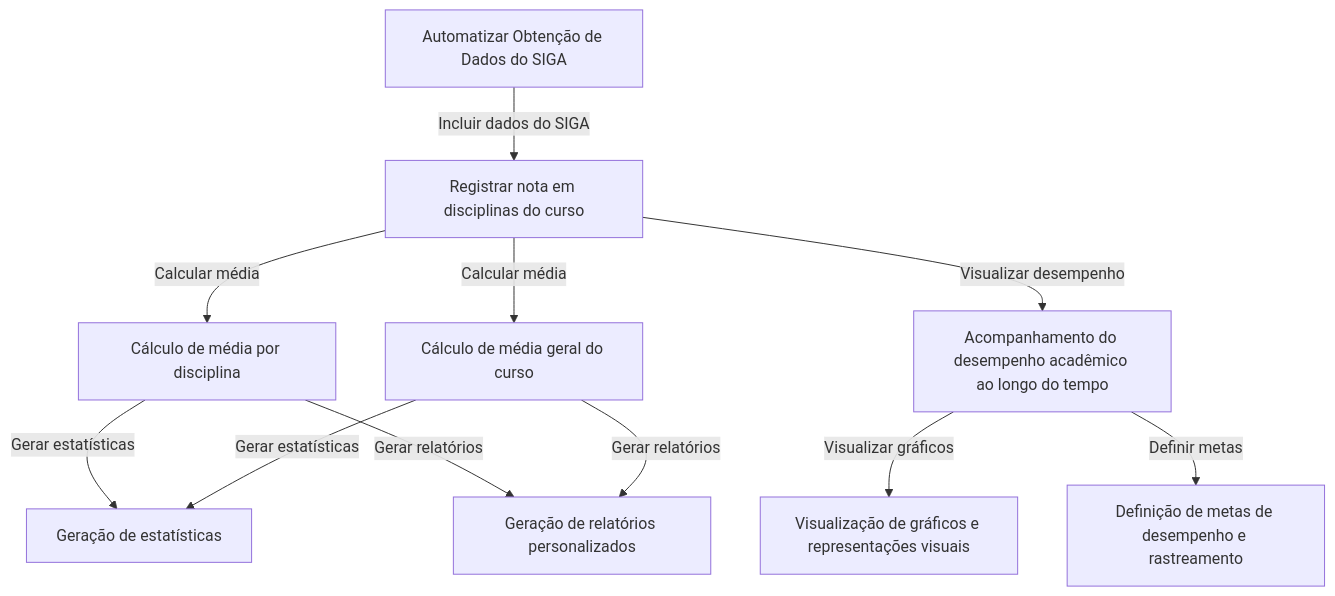
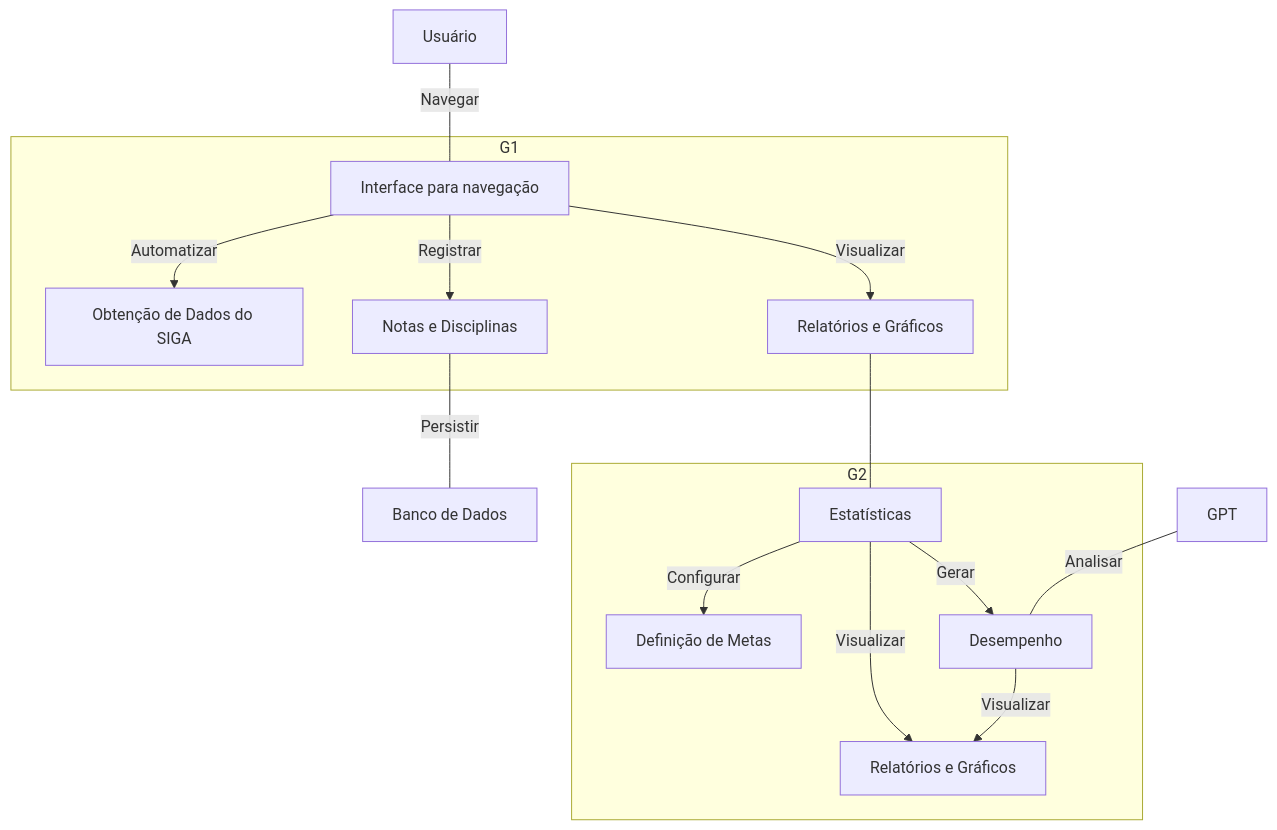
One commit to h4mn/fatec-monitor changed the first of 4 diagrams in doc/diagrams.md. Above: the diagram before and after it, drawn with Mermaid. The commit also changed other lines of this file and 1995 other files, not shown here.

````diff
--- a/doc/diagrams.md
+++ b/doc/diagrams.md
@@ -32,24 +33,29 @@
 ```mermaid
 graph TD
-    R1[Automatizar Obtenção de Dados do SIGA]
-    R2[Registrar nota em disciplinas do curso]
-    R3[Cálculo de média por disciplina]
-    R4[Cálculo de média geral do curso]
-    R5[Acompanhamento do desempenho acadêmico ao longo do tempo]
-    R6[Geração de estatísticas]
-    R7[Geração de relatórios personalizados]
-    R8[Visualização de gráficos e representações visuais]
-    R20[Definição de metas de desempenho e rastreamento]
+    U[Usuário] ---|Navegar| R10[Interface para navegação]
+    R2 ---|Persistir| BD[Banco de Dados]
+    I1[GPT] ---|Analisar| R5
+    subgraph "G1"
+        R1[Obtenção de Dados do SIGA]
+        R2[Notas e Disciplinas]
+        R3[Relatórios e Gráficos]
 
-    R1 -->|Incluir dados do SIGA| R2
-    R2 -->|Calcular média| R3
-    R2 -->|Calcular média| R4
-    R2 -->|Visualizar desempenho| R5
-    R3 -->|Gerar estatísticas| R6
-    R3 -->|Gerar relatórios| R7
-    R4 -->|Gerar estatísticas| R6
-    R4 -->|Gerar relatórios| R7
-    R5 -->|Visualizar gráficos| R8
-    R5 -->|Definir metas| R20
+        R10 -->|Automatizar| R1
+        R10 -->|Registrar| R2
+        R10 -->|Visualizar| R3        
+    end
+
+    R3 --- R31
+    subgraph "G2"
+        R31[Estatísticas]
+        R20[Definição de Metas]
+        R8[Relatórios e Gráficos]
+        R5[Desempenho]
+
+        R31 -->|Configurar| R20
+        R31 -->|Visualizar| R8
+        R5 -->|Visualizar| R8
+        R31 -->|Gerar| R5
+    end
 
 ```
````
